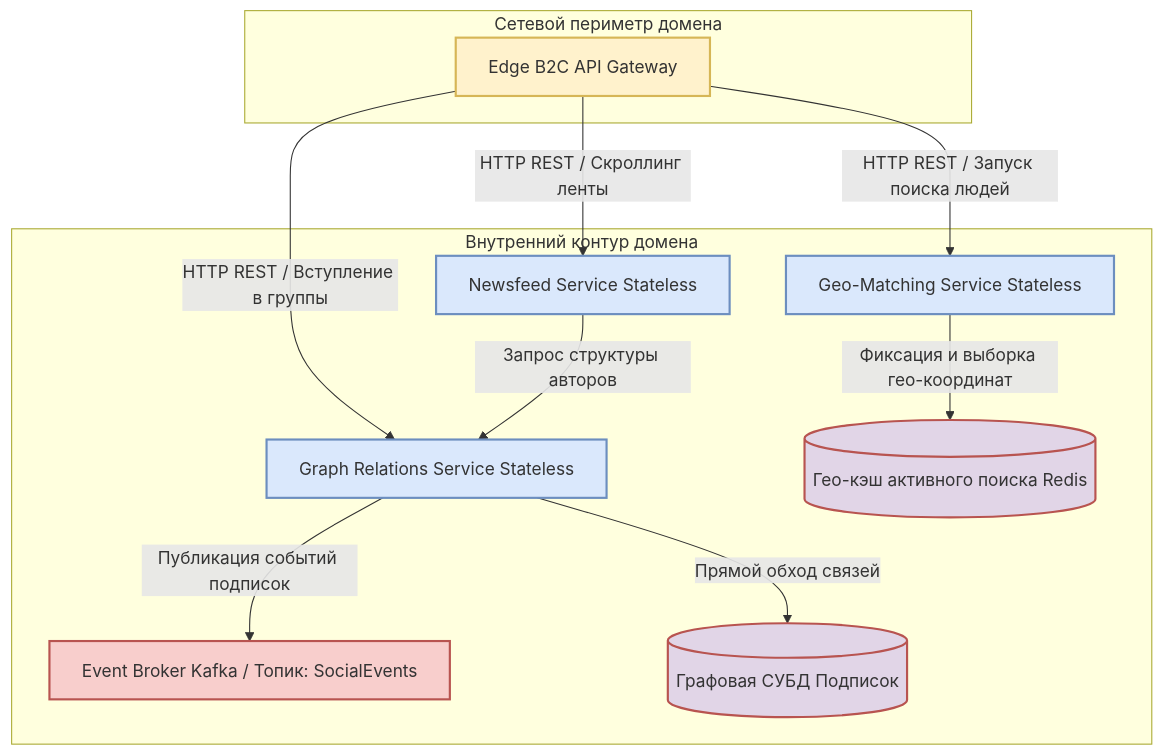
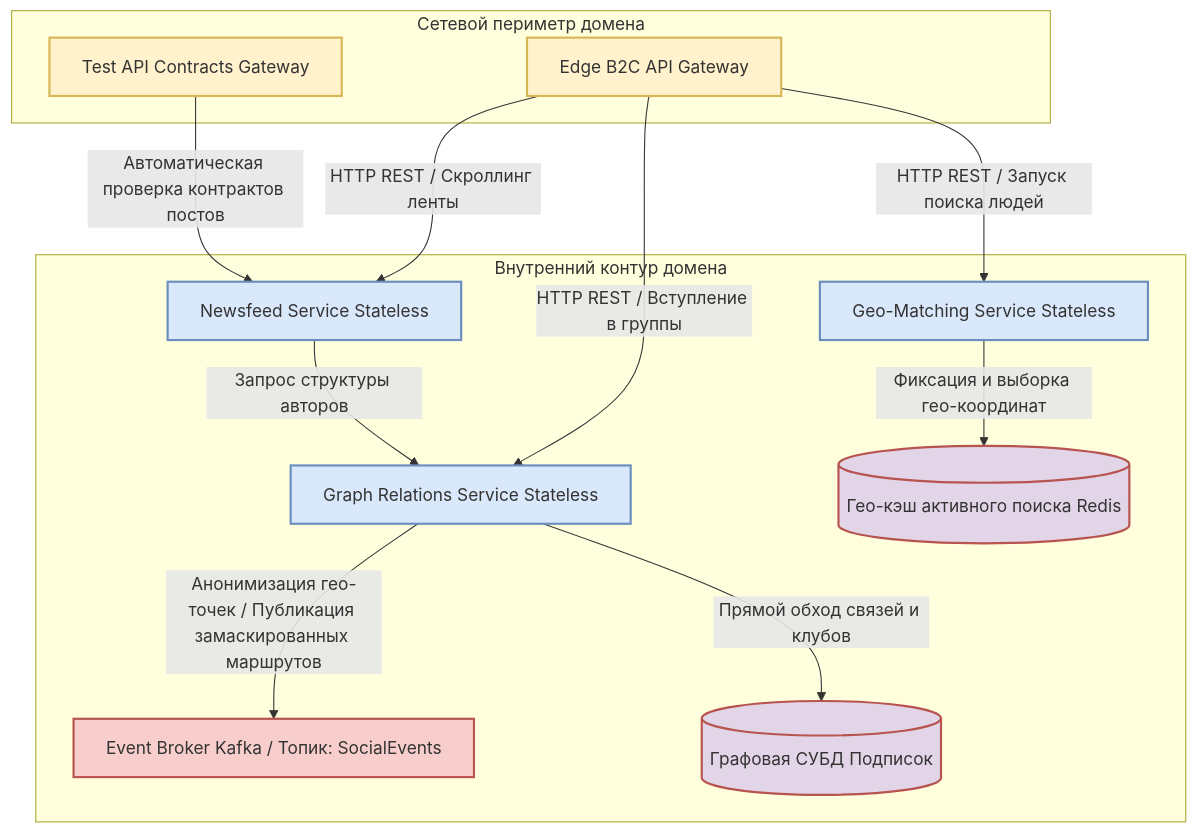
Before and after one commit to Maksim-Burning-Inside/Sports-app-architecture: the fourth of 5 diagrams in stage-2-planning/13-component-architecture.md, drawn with Mermaid. The commit also changed other lines of this file, not shown here.

````diff
--- a/stage-2-planning/13-component-architecture.md
+++ b/stage-2-planning/13-component-architecture.md
@@ -197,31 +197,36 @@
 ```mermaid
 %%{init: {"flowchart": {"htmlLabels": true, "wrappingWidth": 500}, "themeCSS": ".edgeLabel foreignObject { overflow: visible; !important } .edgeLabel span { white-space: normal; !important; display: block; max-width: 500px; }"}}%%
 graph TD
     %% Описание стилей для красивого отображения
     classDef perimeter fill:#fff2cc,stroke:#d6b656,stroke-width:2px;
     classDef internal fill:#dae8fc,stroke:#6c8ebf,stroke-width:2px;
     classDef db fill:#e1d5e7,stroke:#b85450,stroke-width:2px;
     classDef queue fill:#f8cecc,stroke:#b85450,stroke-width:2px;
 
     subgraph Сетевой периметр домена
         B1[Edge B2C API Gateway]:::perimeter
+        B2[Test API Contracts Gateway]:::perimeter
     end
 
     subgraph Внутренний контур домена
         C1[Newsfeed Service Stateless]:::internal
         C2[Graph Relations Service Stateless]:::internal
         C3[Geo-Matching Service Stateless]:::internal
         D1[Event Broker Kafka / Топик: SocialEvents]:::queue
         F1[(Графовая СУБД Подписок)]:::db
         F2[(Гео-кэш активного поиска Redis)]:::db
     end
 
     %% Взаимодействие компонентов и движение трафика
     B1 -->|HTTP REST / Скроллинг ленты| C1
     B1 -->|HTTP REST / Вступление в группы| C2
     B1 -->|HTTP REST / Запуск поиска людей| C3
+    
+    %% Новая изолированная тестовая связь для выполнения НФТ 1.4
+    B2 -->|Автоматическая проверка контрактов постов| C1
+    
     C1 -->|Запрос структуры авторов| C2
-    C2 -->|Прямой обход связей| F1
+    C2 -->|Прямой обход связей и клубов| F1
     C3 -->|Фиксация и выборка гео-координат| F2
-    C2 -->|Публикация событий подписок| D1
+    C2 -->|Анонимизация гео-точек / Публикация замаскированных маршрутов| D1
 ```
````
